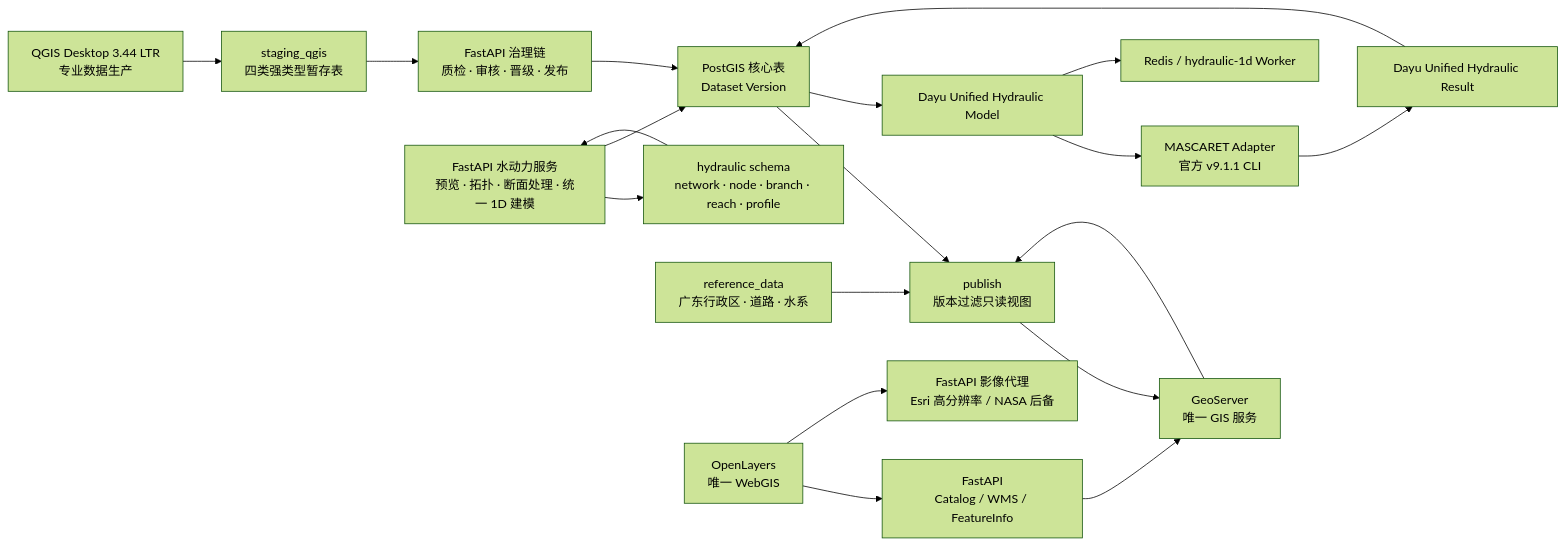
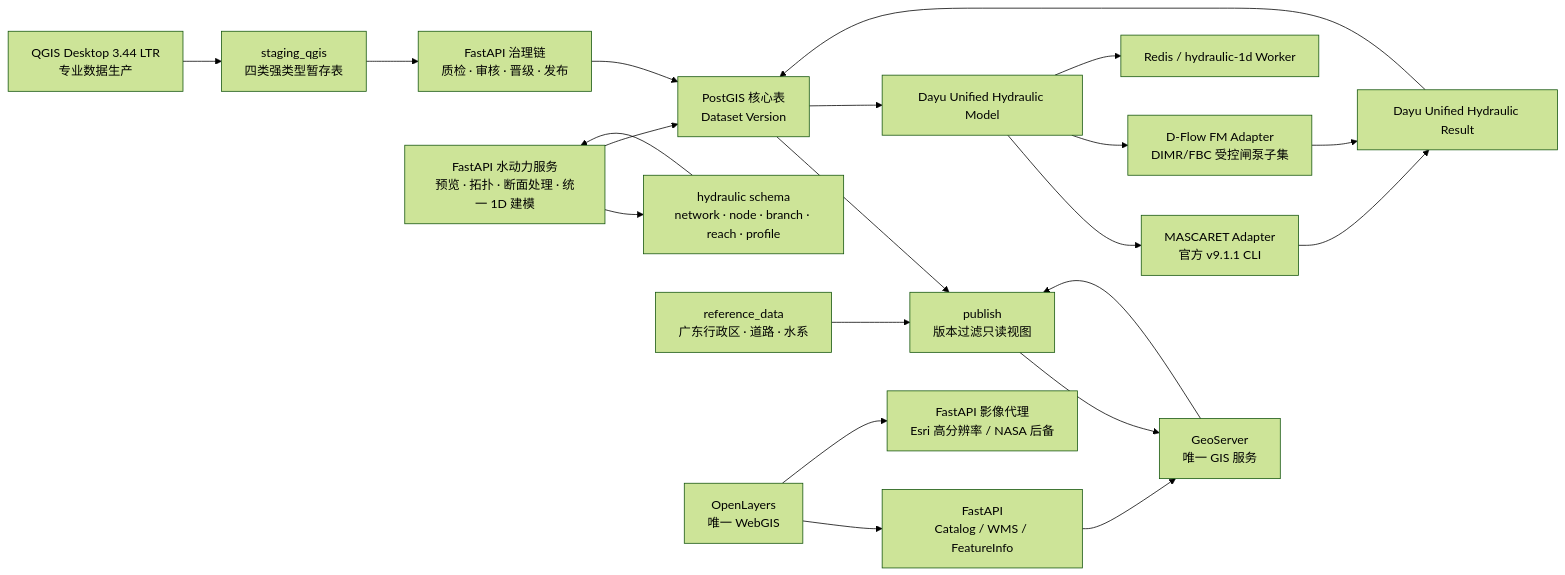
Before and after one commit to zj1310426307-stack/dayu-tiangong: the diagram in docs/architecture.md, drawn with Mermaid (forest theme). The commit also changed other lines of this file and 10 other files, not shown here.

````diff
--- a/docs/architecture.md
+++ b/docs/architecture.md
@@ -8,21 +8,23 @@
 ```mermaid
 flowchart LR
   QGIS["QGIS Desktop 3.44 LTR<br/>专业数据生产"] --> STAGING["staging_qgis<br/>四类强类型暂存表"]
   STAGING --> GOV["FastAPI 治理链<br/>质检 · 审核 · 晋级 · 发布"]
   GOV --> CORE["PostGIS 核心表<br/>Dataset Version"]
   EXCHANGE["FastAPI 水动力服务<br/>预览 · 拓扑 · 断面处理 · 统一 1D 建模"] --> HYDRAULIC["hydraulic schema<br/>network · node · branch · reach · profile"]
   EXCHANGE --> CORE
   HYDRAULIC --> EXCHANGE
   CORE --> PUBLISH["publish<br/>版本过滤只读视图"]
   REFERENCE["reference_data<br/>广东行政区 · 道路 · 水系"] --> PUBLISH
   PUBLISH --> GEOSERVER["GeoServer<br/>唯一 GIS 服务"]
   OPENLAYERS["OpenLayers<br/>唯一 WebGIS"] --> API["FastAPI<br/>Catalog / WMS / FeatureInfo"]
   API --> GEOSERVER
   OPENLAYERS --> IMAGERY["FastAPI 影像代理<br/>Esri 高分辨率 / NASA 后备"]
   GEOSERVER --> PUBLISH
   CORE --> MODEL["Dayu Unified Hydraulic Model"]
-  MODEL --> ADAPTER["MASCARET Adapter<br/>官方 v9.1.1 CLI"]
-  ADAPTER --> RESULT["Dayu Unified Hydraulic Result"]
+  MODEL --> MASCARET["MASCARET Adapter<br/>官方 v9.1.1 CLI"]
+  MODEL --> DFLOW["D-Flow FM Adapter<br/>DIMR/FBC 受控闸泵子集"]
+  MASCARET --> RESULT["Dayu Unified Hydraulic Result"]
+  DFLOW --> RESULT
   MODEL --> REDIS["Redis / hydraulic-1d Worker"]
   RESULT --> CORE
 ```
````
